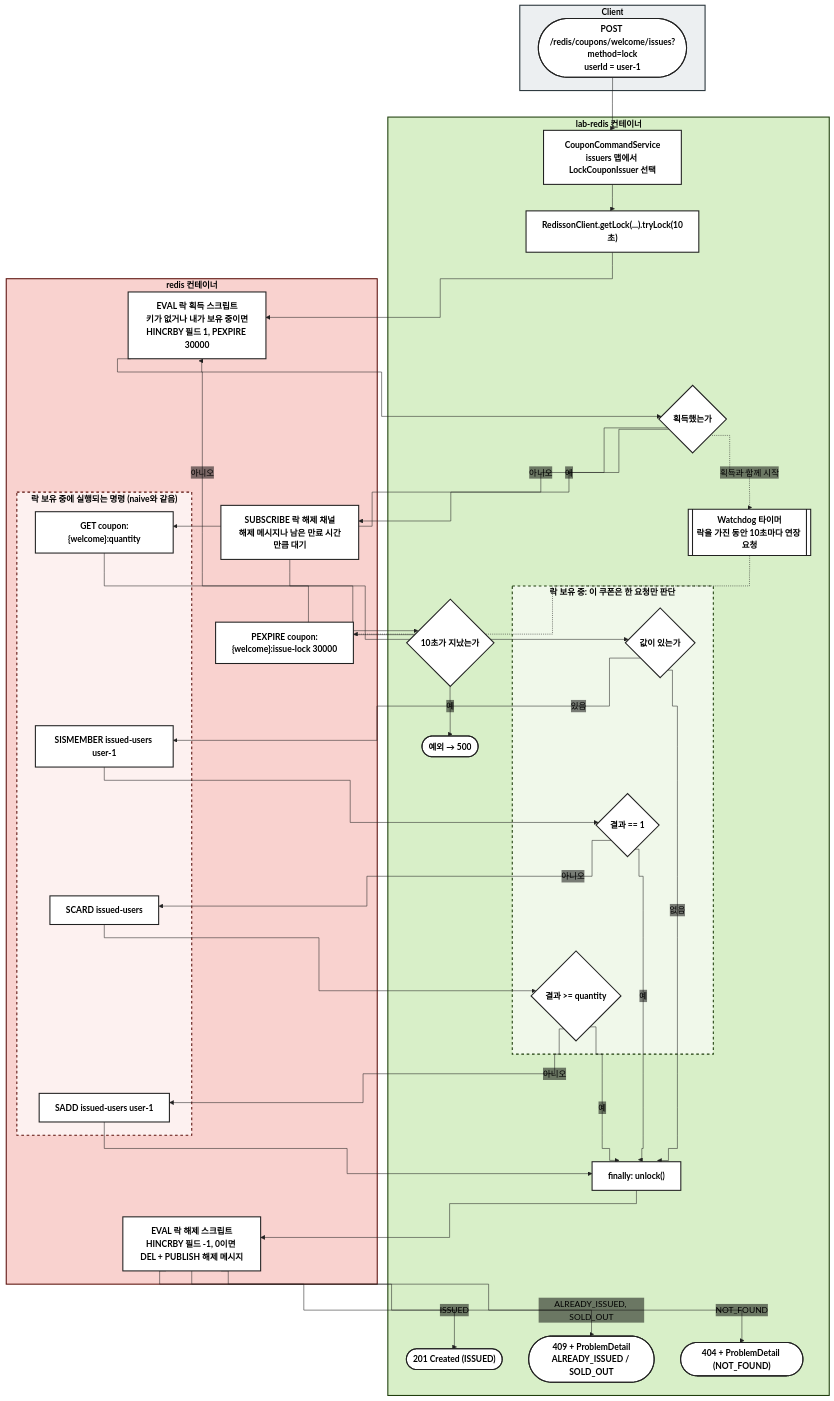
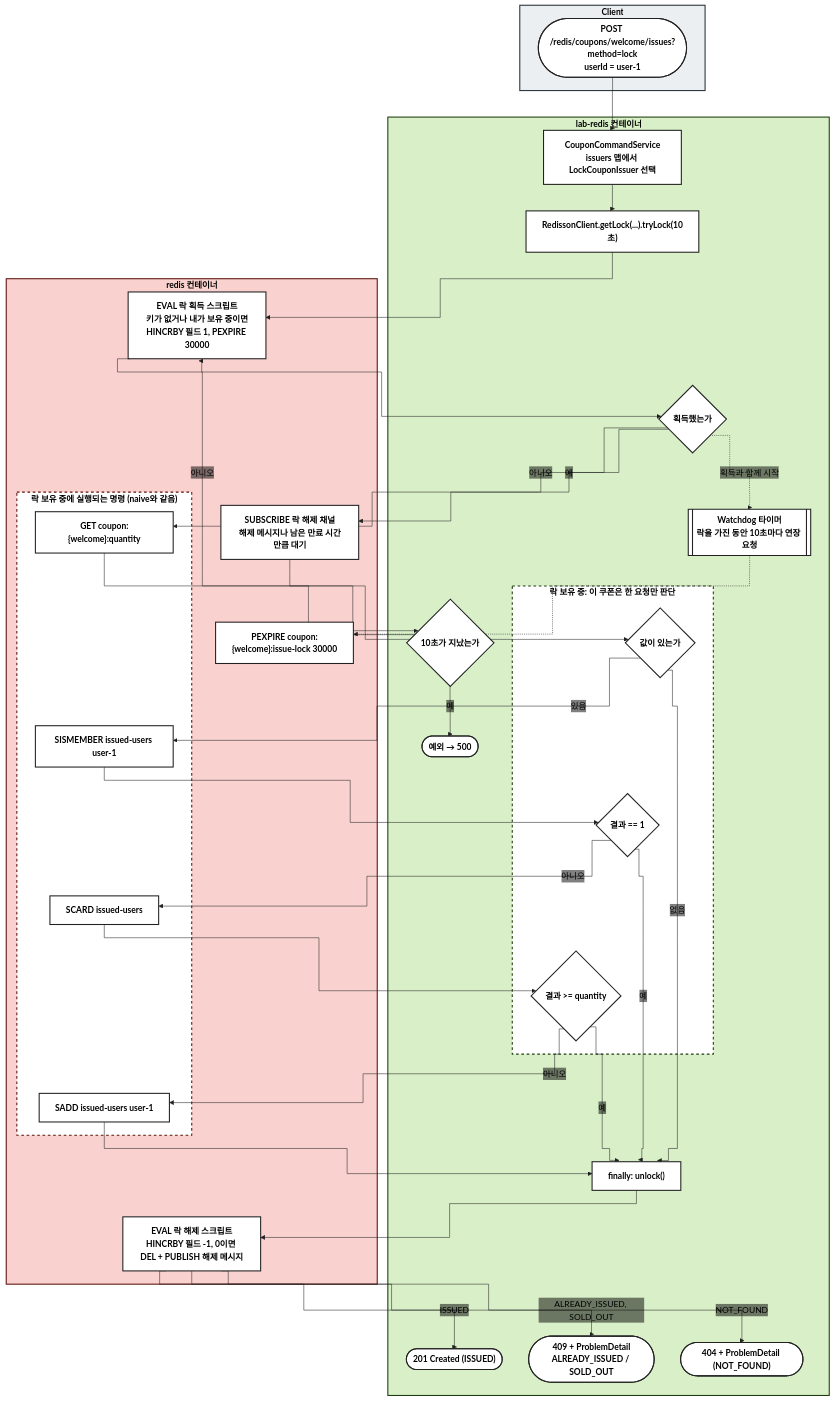
The second of 3 diagrams in lab-redis/src/main/kotlin/com/spring/lab/redis/couponfirstcome/lock/README.md (Raconer/spring-lab), drawn with Mermaid before and after one commit. The commit also changed other lines of this file and 5 other files, not shown here.

````diff
--- a/lab-redis/src/main/kotlin/com/spring/lab/redis/couponfirstcome/lock/README.md
+++ b/lab-redis/src/main/kotlin/com/spring/lab/redis/couponfirstcome/lock/README.md
@@ -55,63 +63,63 @@
 ```mermaid
 %%{init: {"flowchart": {"curve": "step"}, "themeVariables": {"background": "#FFFFFF", "mainBkg": "#FFFFFF", "edgeLabelBackground": "transparent", "lineColor": "#212121", "primaryTextColor": "#000000", "secondaryTextColor": "#000000", "tertiaryTextColor": "#000000", "textColor": "#000000", "nodeTextColor": "#000000", "titleColor": "#000000", "actorTextColor": "#000000", "signalTextColor": "#000000", "noteTextColor": "#000000", "labelTextColor": "#000000", "loopTextColor": "#000000"}, "themeCSS": "& { background-color: #FFFFFF !important; } .edgeLabel, .edgeLabel p, .edgeLabel span, .labelBkg { background-color: transparent !important; } .edgeLabel rect { fill: transparent !important; opacity: 0 !important; } text, tspan { fill: #000000 !important; font-weight: bold !important; } .nodeLabel, .edgeLabel, .cluster-label, .label, span, p { color: #000000 !important; font-weight: bold !important; }"}}%%
 flowchart TD
     subgraph client["Client"]
         Start(["POST /redis/coupons/welcome/issues?method=lock<br/>userId = user-1"])
     end
 
     subgraph app["lab-redis 컨테이너"]
         Pick["CouponCommandService<br/>issuers 맵에서 LockCouponIssuer 선택"]
         TryLock["RedissonClient.getLock(...).tryLock(10초)"]
         Got{"획득했는가"}
         Timeout{"10초가 지났는가"}
         Fail(["예외 → 500"])
         Watchdog[["Watchdog 타이머<br/>락을 가진 동안 10초마다 연장 요청"]]
         subgraph appCritical["락 보유 중: 이 쿠폰은 한 요청만 판단"]
             HasQty{"값이 있는가"}
             Dup{"결과 == 1"}
             Full{"결과 >= quantity"}
         end
         Unlock["finally: unlock()"]
         Created(["201 Created (ISSUED)"])
         Conflict(["409 + ProblemDetail<br/>ALREADY_ISSUED / SOLD_OUT"])
         NotFound(["404 + ProblemDetail (NOT_FOUND)"])
     end
 
     subgraph redis["redis 컨테이너"]
         Acquire["EVAL 락 획득 스크립트<br/>키가 없거나 내가 보유 중이면<br/>HINCRBY 필드 1, PEXPIRE 30000"]
         Wait["SUBSCRIBE 락 해제 채널<br/>해제 메시지나 남은 만료 시간만큼 대기"]
         Expire["PEXPIRE coupon:{welcome}:issue-lock 30000"]
         subgraph redisCritical["락 보유 중에 실행되는 명령 (naive와 같음)"]
             Get["GET coupon:{welcome}:quantity"]
             IsMember["SISMEMBER issued-users user-1"]
             Count["SCARD issued-users"]
             Add["SADD issued-users user-1"]
         end
         Release["EVAL 락 해제 스크립트<br/>HINCRBY 필드 -1, 0이면 DEL + PUBLISH 해제 메시지"]
     end
 
     Start --> Pick --> TryLock --> Acquire --> Got
     Got -->|아니오| Wait --> Timeout
     Timeout -->|아니오| Acquire
     Timeout -->|예| Fail
     Got -->|예| Get
     Got -.->|획득과 함께 시작| Watchdog -.-> Expire
     Get --> HasQty
     HasQty -->|있음| IsMember --> Dup
     Dup -->|아니오| Count --> Full
     Full -->|아니오| Add --> Unlock
     HasQty -->|없음| Unlock
     Dup -->|예| Unlock
     Full -->|예| Unlock
     Unlock --> Release
     Release -->|ISSUED| Created
     Release -->|"ALREADY_ISSUED, SOLD_OUT"| Conflict
     Release -->|NOT_FOUND| NotFound
 
     classDef default fill:#FFFFFF,stroke:#212121,stroke-width:2px,color:#000000,font-weight:bold
     style client fill:#ECEFF1,stroke:#263238,stroke-width:2px,color:#000000,font-weight:bold
     style app fill:#D8EFC8,stroke:#1E3D0C,stroke-width:2px,color:#000000,font-weight:bold
     style redis fill:#F9D2CF,stroke:#5C120D,stroke-width:2px,color:#000000,font-weight:bold
-    style appCritical fill:#F0F8EA,stroke:#1E3D0C,stroke-dasharray:5 5,stroke-width:2px,color:#000000,font-weight:bold
-    style redisCritical fill:#FDF1F0,stroke:#5C120D,stroke-dasharray:5 5,stroke-width:2px,color:#000000,font-weight:bold
+    style appCritical fill:#FFFFFF,stroke:#1E3D0C,stroke-dasharray:5 5,stroke-width:2px,color:#000000,font-weight:bold
+    style redisCritical fill:#FFFFFF,stroke:#5C120D,stroke-dasharray:5 5,stroke-width:2px,color:#000000,font-weight:bold
 ```
````
